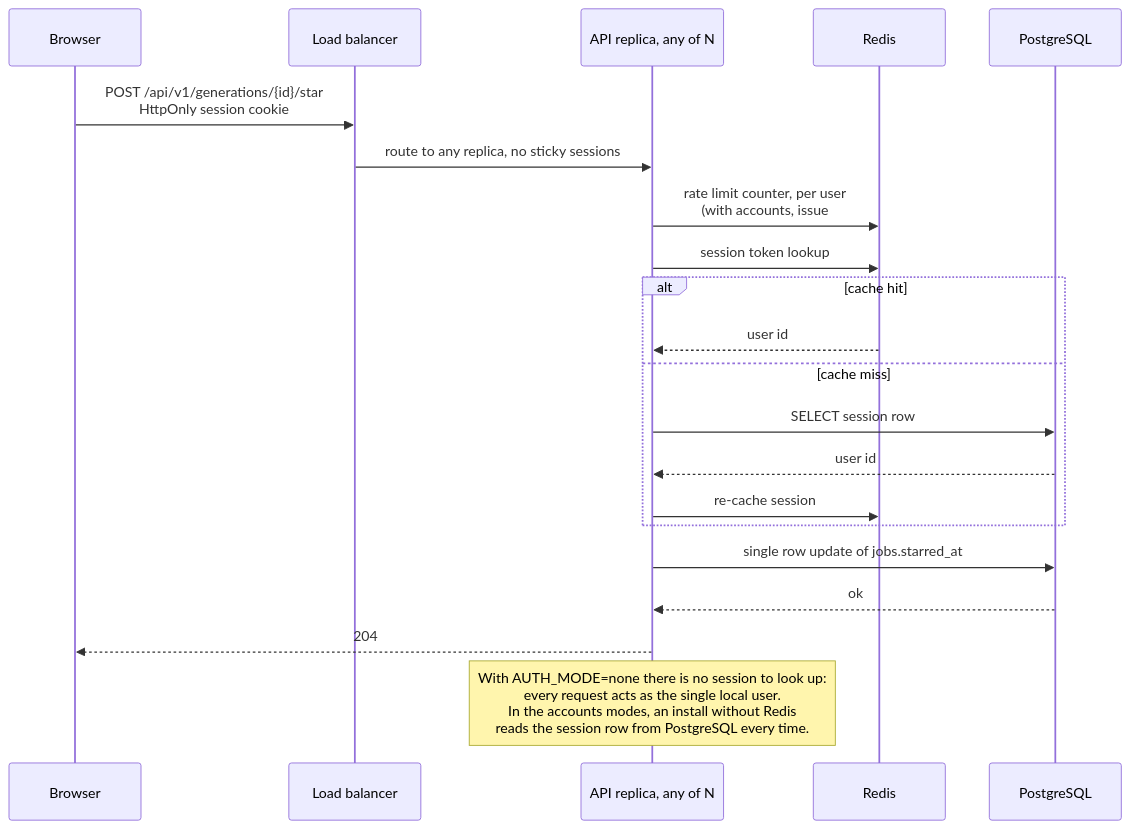
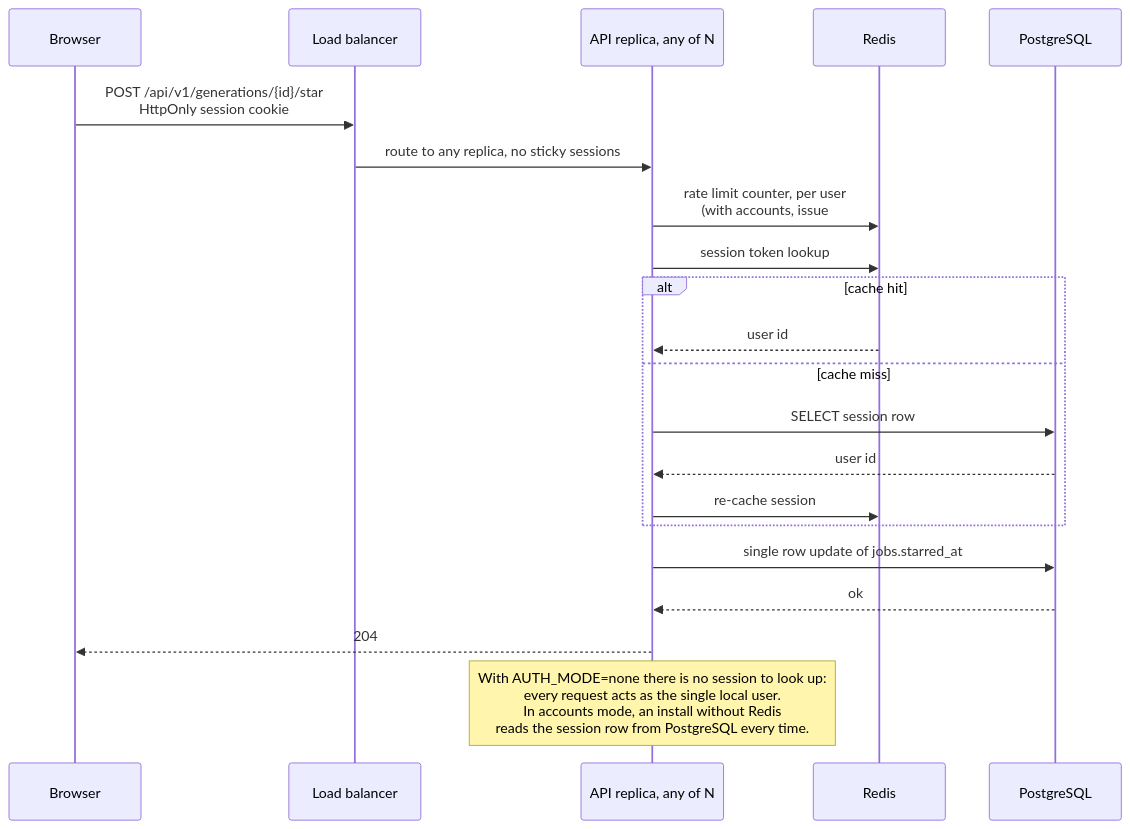
Before and after one commit to Portocolom-Studio/potocolom: diagram 13 of 16 in docs/architecture.md, drawn with Mermaid. The commit also changed other lines of this file and 5 other files, not shown here.

````diff
--- a/docs/architecture.md
+++ b/docs/architecture.md
@@ -466,23 +465,23 @@
 ```mermaid
 sequenceDiagram
     participant B as Browser
     participant LB as Load balancer
     participant A as API replica, any of N
     participant R as Redis
     participant P as PostgreSQL
     B->>LB: POST /api/v1/generations/{id}/star<br>HttpOnly session cookie
     LB->>A: route to any replica, no sticky sessions
     A->>R: rate limit counter, per user<br>(with accounts, issue #5)
     A->>R: session token lookup
     alt cache hit
         R-->>A: user id
     else cache miss
         A->>P: SELECT session row
         P-->>A: user id
         A->>R: re-cache session
     end
     A->>P: single row update of jobs.starred_at
     P-->>A: ok
     A-->>B: 204
-    note over A: With AUTH_MODE=none there is no session to look up:<br>every request acts as the single local user.<br>In the accounts modes, an install without Redis<br>reads the session row from PostgreSQL every time.
+    note over A: With AUTH_MODE=none there is no session to look up:<br>every request acts as the single local user.<br>In accounts mode, an install without Redis<br>reads the session row from PostgreSQL every time.
 ```
````
